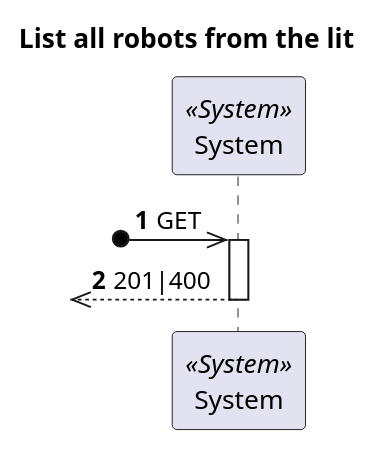
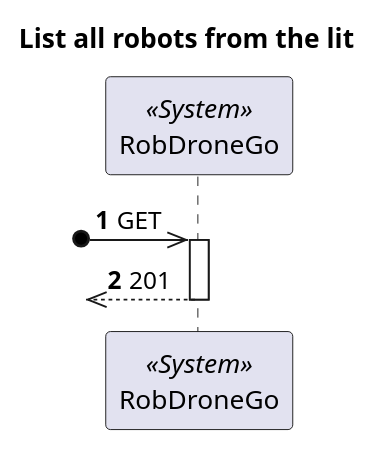
One commit to 1210910/lapr5 changed the diagram in docs/Vista Processo/US380/ProcessView_Level1_US380.puml. Above: the diagram before and after it, drawn with PlantUML. The commit also changed 3 other files, not shown here.

```diff
--- a/docs/Vista Processo/US380/ProcessView_Level1_US380.puml
+++ b/docs/Vista Processo/US380/ProcessView_Level1_US380.puml
@@ -1,14 +1,14 @@
 @startuml
 'https://plantuml.com/sequence-diagram
 
 autonumber
 title List all robots from the lit
 
-participant "System" as Sys <<System>>
+participant "RobDroneGo" as Sys <<System>>
 
 ?o->> Sys : GET
 
 activate Sys
-?o<<-- Sys : 201|400
+?o<<-- Sys : 201
 deactivate Sys
 @enduml
```
